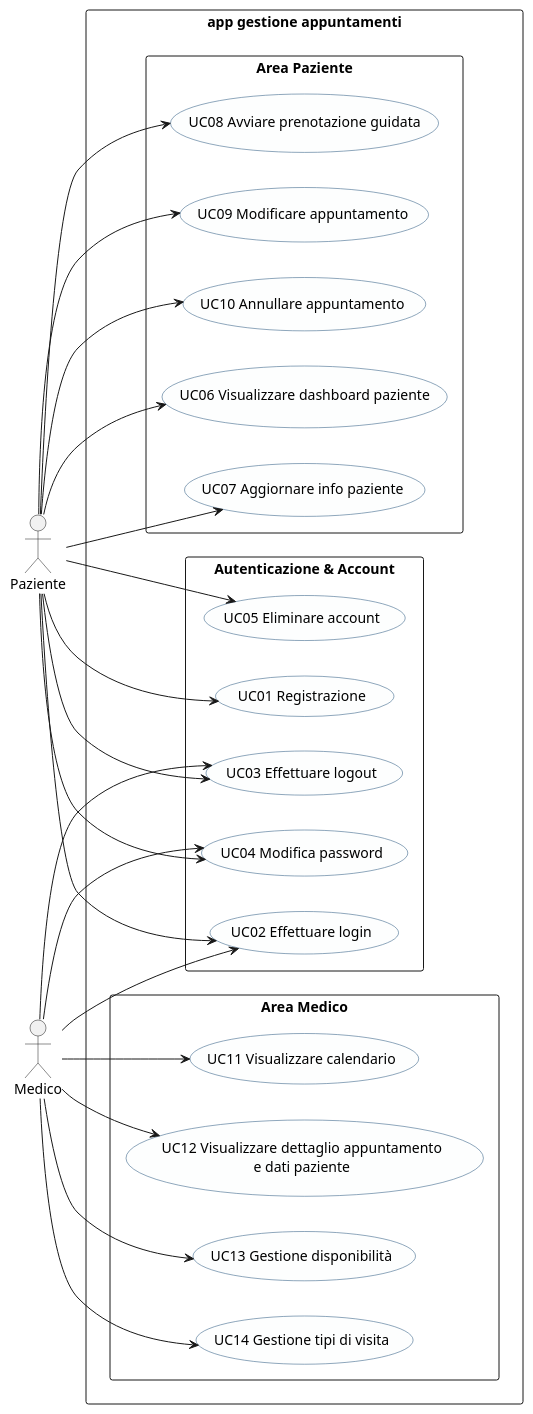
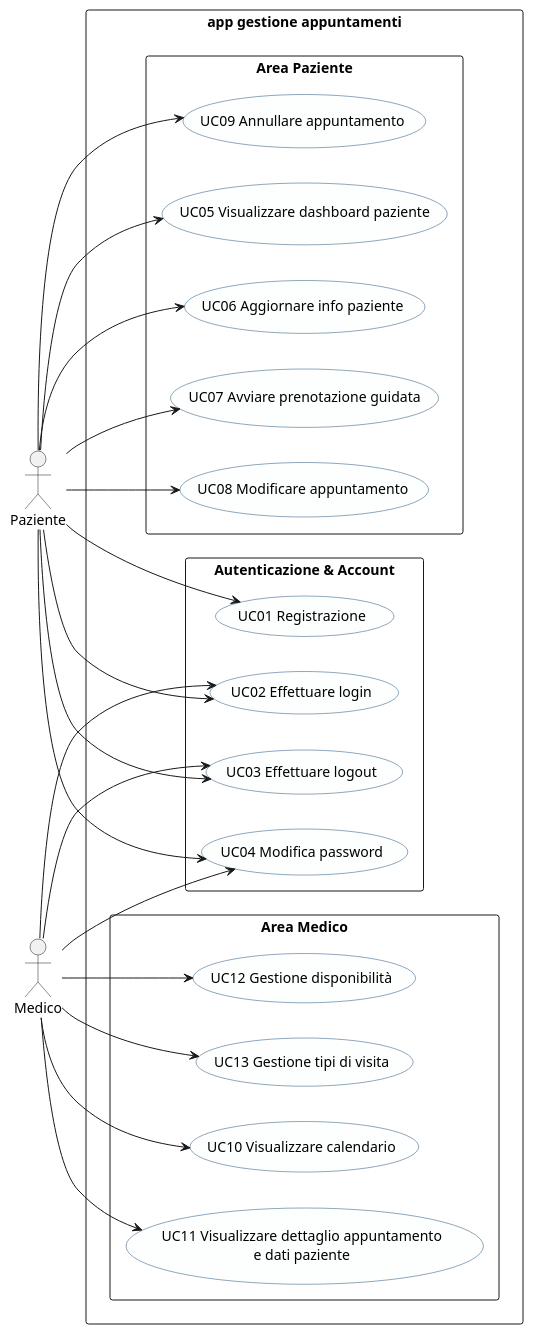
Before and after one commit to brahimgrr/Prenoting: the diagram in docs/use_cases.puml, drawn with PlantUML. The commit also changed 1 other file, not shown here.

```diff
--- a/docs/use_cases.puml
+++ b/docs/use_cases.puml
@@ -1,53 +1,51 @@
 @startuml prenoting-use-cases
   left to right direction
   skinparam packageStyle rectangle
   skinparam shadowing false
   skinparam usecase {
     BackgroundColor #FDFEFE
     BorderColor #1F4E79
   }
   actor "Paziente" as P
   actor "Medico" as D
 
   rectangle "app gestione appuntamenti" {
     package "Autenticazione & Account" {
       usecase "UC01 Registrazione" as UC01
       usecase "UC02 Effettuare login" as UC02
       usecase "UC03 Effettuare logout" as UC03
       usecase "UC04 Modifica password" as UC04
-      usecase "UC05 Eliminare account" as UC05
     }
     package "Area Paziente" {
-      usecase "UC06 Visualizzare dashboard paziente" as UC06
-      usecase "UC07 Aggiornare info paziente" as UC07
-      usecase "UC08 Avviare prenotazione guidata" as UC08
-      usecase "UC09 Modificare appuntamento" as UC09
-      usecase "UC10 Annullare appuntamento" as UC10
+      usecase "UC05 Visualizzare dashboard paziente" as UC05
+      usecase "UC06 Aggiornare info paziente" as UC06
+      usecase "UC07 Avviare prenotazione guidata" as UC07
+      usecase "UC08 Modificare appuntamento" as UC08
+      usecase "UC09 Annullare appuntamento" as UC09
     }
     package "Area Medico" {
-      usecase "UC11 Visualizzare calendario" as UC11
-      usecase "UC12 Visualizzare dettaglio appuntamento\ne dati paziente" as UC12
-      usecase "UC13 Gestione disponibilità" as UC13
-      usecase "UC14 Gestione tipi di visita" as UC14
+      usecase "UC10 Visualizzare calendario" as UC10
+      usecase "UC11 Visualizzare dettaglio appuntamento\ne dati paziente" as UC11
+      usecase "UC12 Gestione disponibilità" as UC12
+      usecase "UC13 Gestione tipi di visita" as UC13
     }
   }
   ' Paziente
   P --> UC01
   P --> UC02
   P --> UC03
   P --> UC04
   P --> UC05
   P --> UC06
   P --> UC07
   P --> UC08
   P --> UC09
-  P --> UC10
   ' Medico
   D --> UC02
   D --> UC03
   D --> UC04
+  D --> UC10
   D --> UC11
   D --> UC12
   D --> UC13
-  D --> UC14
 @enduml
```
